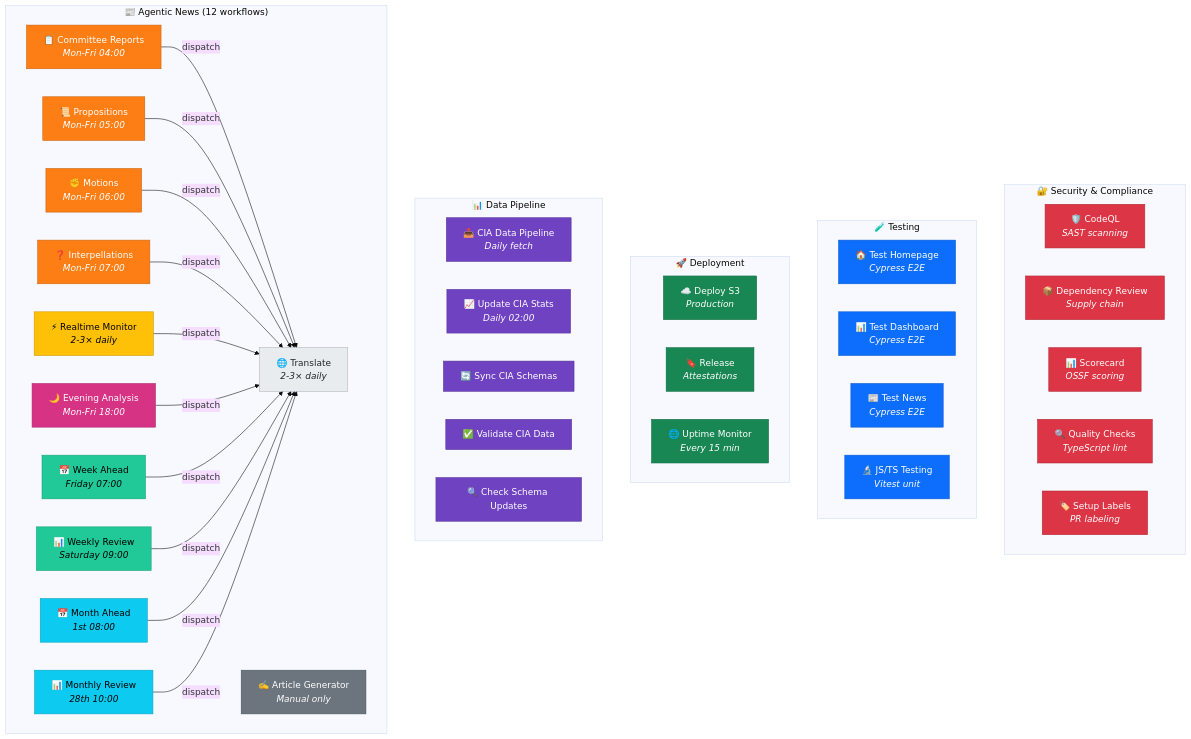
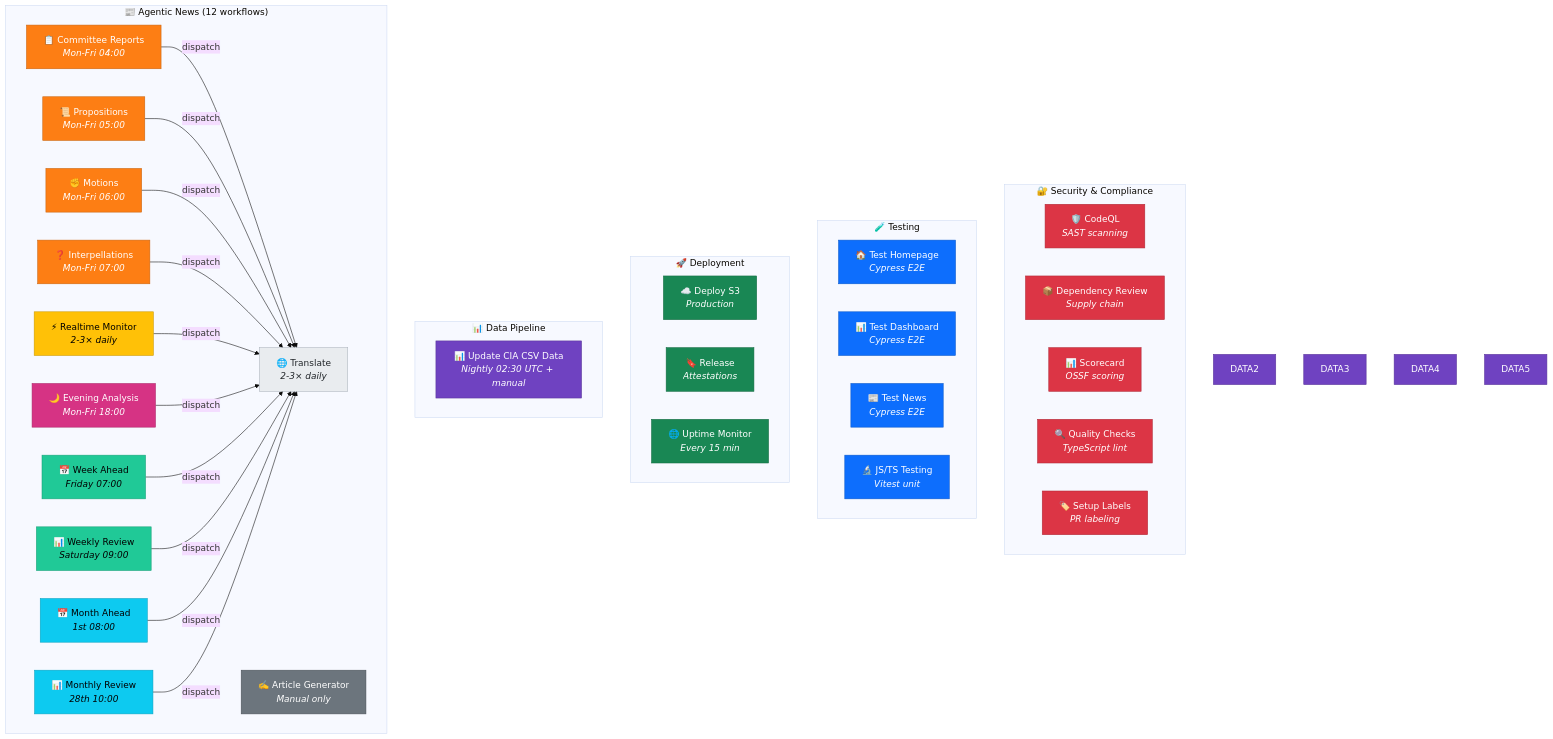
Before and after one commit to Hack23/riksdagsmonitor: the third of 13 diagrams in WORKFLOWS.md, drawn with Mermaid (base theme). The commit also changed other lines of this file and 6 other files, not shown here.

First line of the commit message:
refactor(workflows): replace 5 legacy CIA workflows with one nightly CSV refresh + update WORKFLOWS.md

````diff
--- a/WORKFLOWS.md
+++ b/WORKFLOWS.md
@@ -205,79 +205,75 @@
 ```mermaid
 graph TB
     subgraph "🔐 Security & Compliance"
         SEC1["🛡️ CodeQL<br/><i>SAST scanning</i>"]
         SEC2["📦 Dependency Review<br/><i>Supply chain</i>"]
         SEC3["📊 Scorecard<br/><i>OSSF scoring</i>"]
         SEC4["🔍 Quality Checks<br/><i>TypeScript lint</i>"]
         SEC5["🏷️ Setup Labels<br/><i>PR labeling</i>"]
     end
 
     subgraph "🧪 Testing"
         TEST1["🏠 Test Homepage<br/><i>Cypress E2E</i>"]
         TEST2["📊 Test Dashboard<br/><i>Cypress E2E</i>"]
         TEST3["📰 Test News<br/><i>Cypress E2E</i>"]
         TEST4["🔬 JS/TS Testing<br/><i>Vitest unit</i>"]
     end
 
     subgraph "🚀 Deployment"
         DEP1["☁️ Deploy S3<br/><i>Production</i>"]
         DEP2["🔖 Release<br/><i>Attestations</i>"]
         DEP3["🌐 Uptime Monitor<br/><i>Every 15 min</i>"]
     end
 
     subgraph "📊 Data Pipeline"
-        DATA1["📥 CIA Data Pipeline<br/><i>Daily fetch</i>"]
-        DATA2["📈 Update CIA Stats<br/><i>Daily 02:00</i>"]
-        DATA3["🔄 Sync CIA Schemas"]
-        DATA4["✅ Validate CIA Data"]
-        DATA5["🔍 Check Schema Updates"]
+        DATA1["📊 Update CIA CSV Data<br/><i>Nightly 02:30 UTC + manual</i>"]
     end
 
     subgraph "📰 Agentic News (12 workflows)"
         NEWS1["📋 Committee Reports<br/><i>Mon-Fri 04:00</i>"]
         NEWS2["📜 Propositions<br/><i>Mon-Fri 05:00</i>"]
         NEWS3["✊ Motions<br/><i>Mon-Fri 06:00</i>"]
         NEWS4["❓ Interpellations<br/><i>Mon-Fri 07:00</i>"]
         NEWS5["⚡ Realtime Monitor<br/><i>2-3× daily</i>"]
         NEWS6["🌙 Evening Analysis<br/><i>Mon-Fri 18:00</i>"]
         NEWS7["📅 Week Ahead<br/><i>Friday 07:00</i>"]
         NEWS8["📊 Weekly Review<br/><i>Saturday 09:00</i>"]
         NEWS9["📅 Month Ahead<br/><i>1st 08:00</i>"]
         NEWS10["📊 Monthly Review<br/><i>28th 10:00</i>"]
         NEWS11["🌐 Translate<br/><i>2-3× daily</i>"]
         NEWS12["✍️ Article Generator<br/><i>Manual only</i>"]
     end
 
     NEWS1 & NEWS2 & NEWS3 & NEWS4 & NEWS5 & NEWS6 -->|"dispatch"| NEWS11
     NEWS7 & NEWS8 & NEWS9 & NEWS10 -->|"dispatch"| NEWS11
 
     style SEC1 fill:#dc3545,color:#fff,stroke:#b02a37
     style SEC2 fill:#dc3545,color:#fff,stroke:#b02a37
     style SEC3 fill:#dc3545,color:#fff,stroke:#b02a37
     style SEC4 fill:#dc3545,color:#fff,stroke:#b02a37
     style SEC5 fill:#dc3545,color:#fff,stroke:#b02a37
     style TEST1 fill:#0d6efd,color:#fff,stroke:#0a58ca
     style TEST2 fill:#0d6efd,color:#fff,stroke:#0a58ca
     style TEST3 fill:#0d6efd,color:#fff,stroke:#0a58ca
     style TEST4 fill:#0d6efd,color:#fff,stroke:#0a58ca
     style DEP1 fill:#198754,color:#fff,stroke:#146c43
     style DEP2 fill:#198754,color:#fff,stroke:#146c43
     style DEP3 fill:#198754,color:#fff,stroke:#146c43
     style DATA1 fill:#6f42c1,color:#fff,stroke:#59359a
     style DATA2 fill:#6f42c1,color:#fff,stroke:#59359a
     style DATA3 fill:#6f42c1,color:#fff,stroke:#59359a
     style DATA4 fill:#6f42c1,color:#fff,stroke:#59359a
     style DATA5 fill:#6f42c1,color:#fff,stroke:#59359a
     style NEWS1 fill:#fd7e14,color:#fff,stroke:#ca6510
     style NEWS2 fill:#fd7e14,color:#fff,stroke:#ca6510
     style NEWS3 fill:#fd7e14,color:#fff,stroke:#ca6510
     style NEWS4 fill:#fd7e14,color:#fff,stroke:#ca6510
     style NEWS5 fill:#ffc107,color:#000,stroke:#cc9a06
     style NEWS6 fill:#d63384,color:#fff,stroke:#ab296a
     style NEWS7 fill:#20c997,color:#000,stroke:#1aa179
     style NEWS8 fill:#20c997,color:#000,stroke:#1aa179
     style NEWS9 fill:#0dcaf0,color:#000,stroke:#0aa2c0
     style NEWS10 fill:#0dcaf0,color:#000,stroke:#0aa2c0
     style NEWS11 fill:#e9ecef,color:#212529,stroke:#adb5bd
     style NEWS12 fill:#6c757d,color:#fff,stroke:#495057
 ```
````
